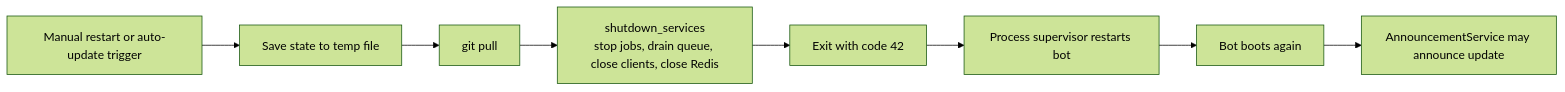
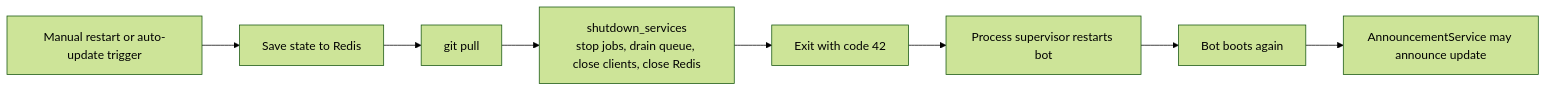
Before and after one commit to jobeus/cmwgpt: the diagram in docs/auto-update.md, drawn with Mermaid (forest theme). The commit also changed other lines of this file and 80 other files, not shown here.

````diff
--- a/docs/auto-update.md
+++ b/docs/auto-update.md
@@ -33,10 +33,10 @@
 ```mermaid
 flowchart LR
-    Trigger[Manual restart or auto-update trigger] --> Save[Save state to temp file]
+    Trigger[Manual restart or auto-update trigger] --> Save[Save state to Redis]
     Save --> Pull[git pull]
     Pull --> Shutdown[shutdown_services<br/>stop jobs, drain queue, close clients, close Redis]
     Shutdown --> Exit[Exit with code 42]
     Exit --> Supervisor[Process supervisor restarts bot]
     Supervisor --> Boot[Bot boots again]
     Boot --> Announce[AnnouncementService may announce update]
 ```
````
